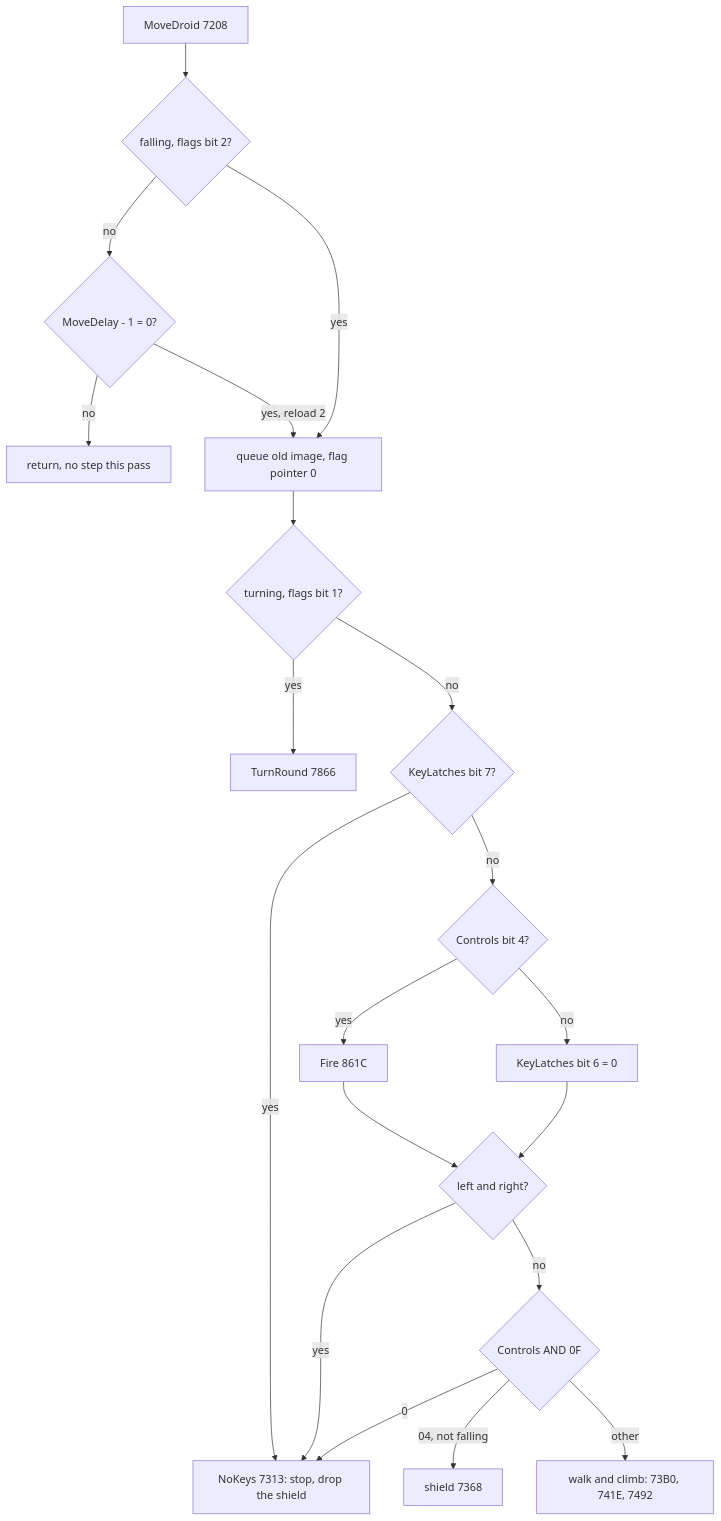
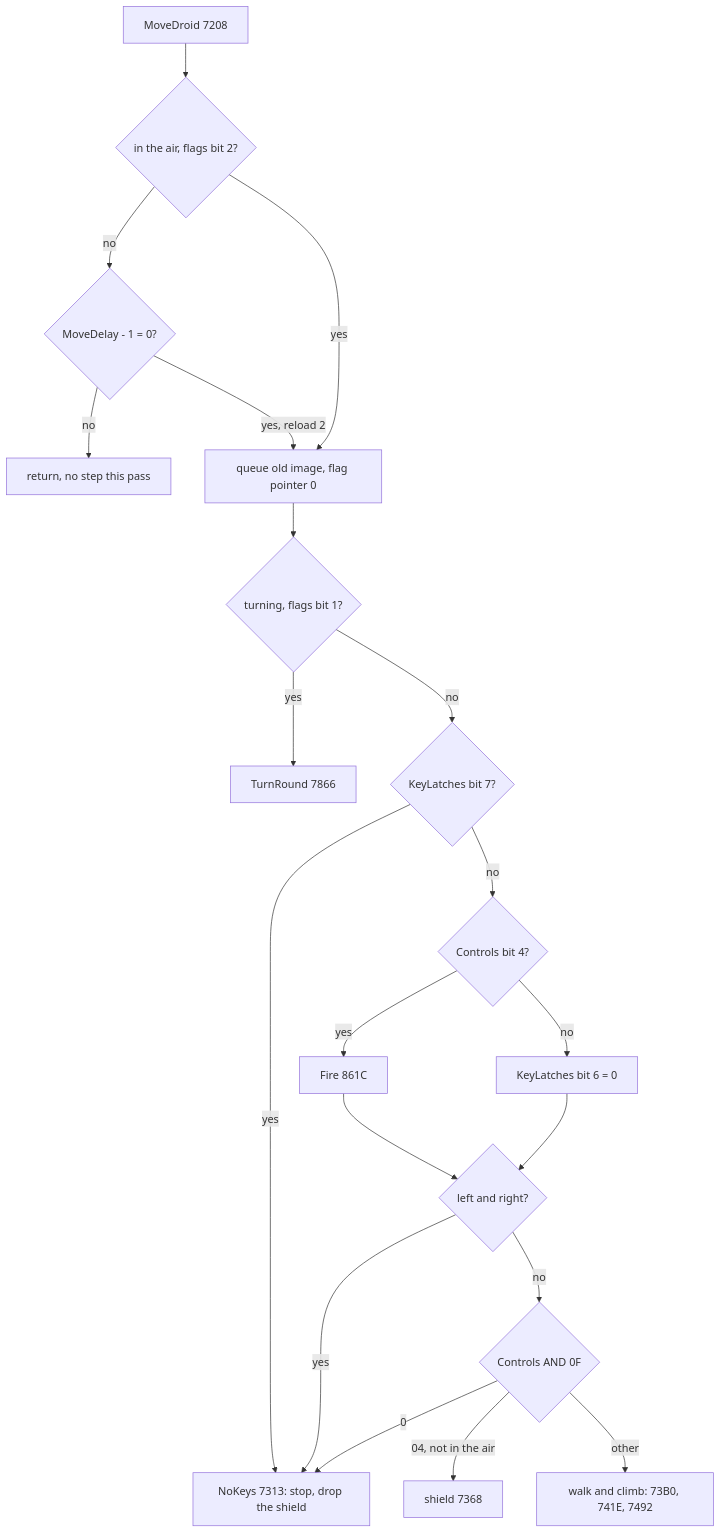
Before and after one commit to alfishe/unrealng-reverse-cases: the fifth of 10 diagrams in games/tujad/docs/05-controls.md, drawn with Mermaid. The commit also changed other lines of this file and 44 other files, not shown here.

````diff
--- a/games/tujad/docs/05-controls.md
+++ b/games/tujad/docs/05-controls.md
@@ -502,22 +507,22 @@
 ```mermaid
 flowchart TD
-    A["MoveDroid 7208"] --> B{"falling, flags bit 2?"}
+    A["MoveDroid 7208"] --> B{"in the air, flags bit 2?"}
     B -- "no" --> D{"MoveDelay - 1 = 0?"}
     D -- "no" --> X["return, no step this pass"]
     D -- "yes, reload 2" --> E["queue old image, flag pointer 0"]
     B -- "yes" --> E
     E --> F{"turning, flags bit 1?"}
     F -- "yes" --> T["TurnRound 7866"]
     F -- "no" --> G{"KeyLatches bit 7?"}
     G -- "yes" --> N["NoKeys 7313: stop, drop the shield"]
     G -- "no" --> H{"Controls bit 4?"}
     H -- "yes" --> FI["Fire 861C"]
     H -- "no" --> FU["KeyLatches bit 6 = 0"]
     FI --> LR{"left and right?"}
     FU --> LR
     LR -- "yes" --> N
     LR -- "no" --> K{"Controls AND 0F"}
     K -- "0" --> N
-    K -- "04, not falling" --> SH["shield 7368"]
+    K -- "04, not in the air" --> SH["shield 7368"]
     K -- "other" --> W["walk and climb: 73B0, 741E, 7492"]
 ```
````
